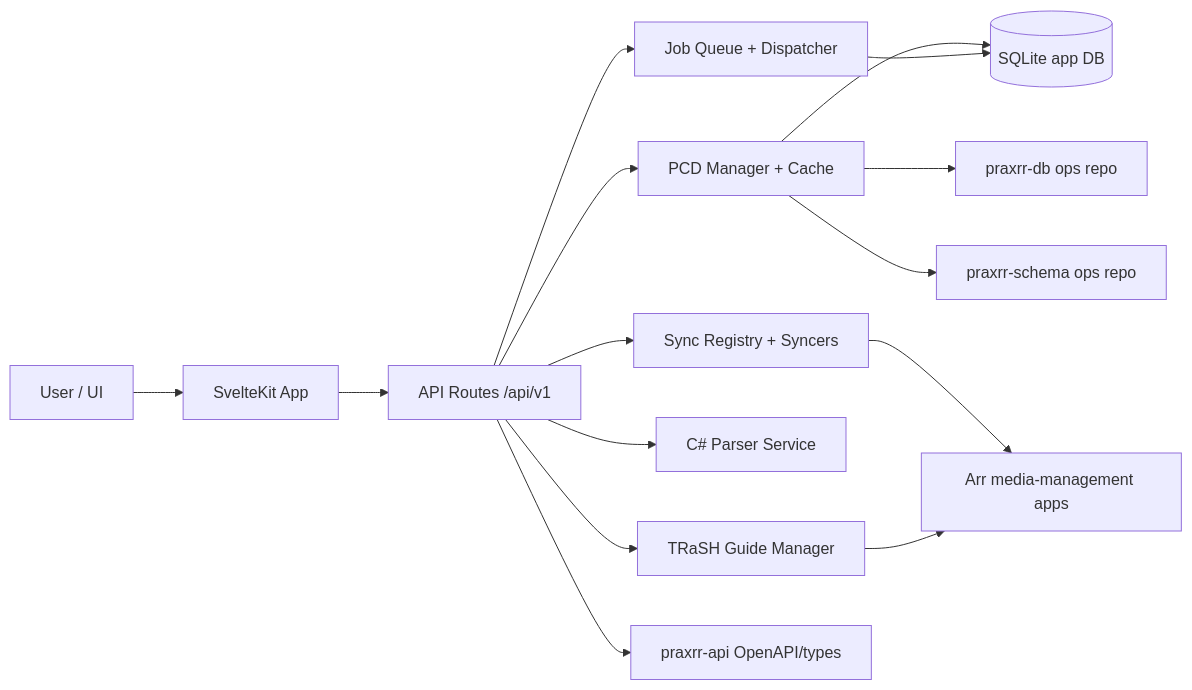
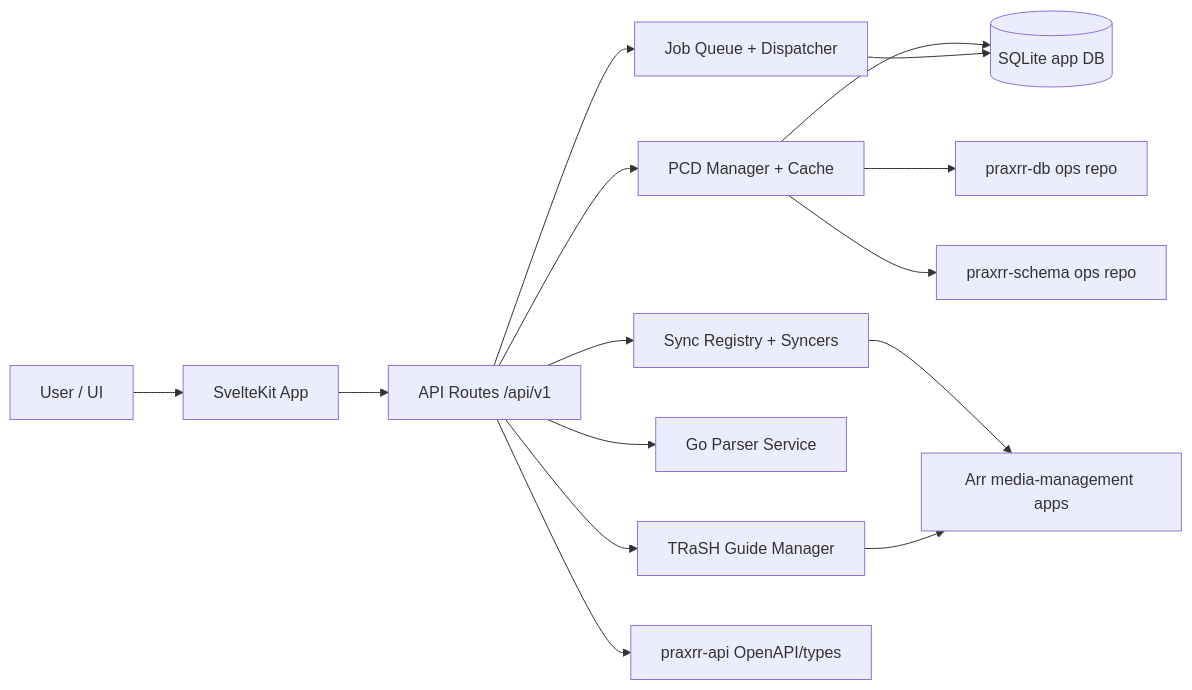
Before and after one commit to yandy-r/praxrr: the diagram in docs/architecture/overview.md, drawn with Mermaid. The commit also changed 26 other files, not shown here.

````diff
--- a/docs/architecture/overview.md
+++ b/docs/architecture/overview.md
@@ -10,17 +10,17 @@
 ```mermaid
 flowchart LR
     User[User / UI] --> App[SvelteKit App]
     App --> API[API Routes /api/v1]
     API --> PCD[PCD Manager + Cache]
     API --> Sync[Sync Registry + Syncers]
     API --> Jobs[Job Queue + Dispatcher]
     PCD --> SQLite[(SQLite app DB)]
     Jobs --> SQLite
     Sync --> Arr[Arr media-management apps]
-    API --> Parser[C# Parser Service]
+    API --> Parser[Go Parser Service]
     API --> TRaSH[TRaSH Guide Manager]
     TRaSH --> Arr
     PCD --> DBPkg[praxrr-db ops repo]
     PCD --> SchemaPkg[praxrr-schema ops repo]
     API --> APIPkg[praxrr-api OpenAPI/types]
 ```
````
